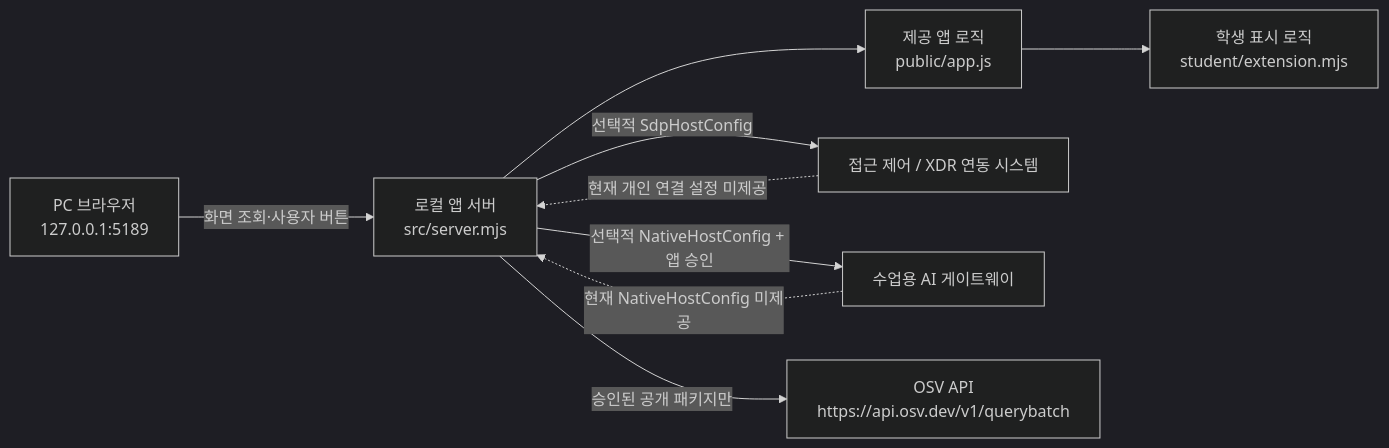
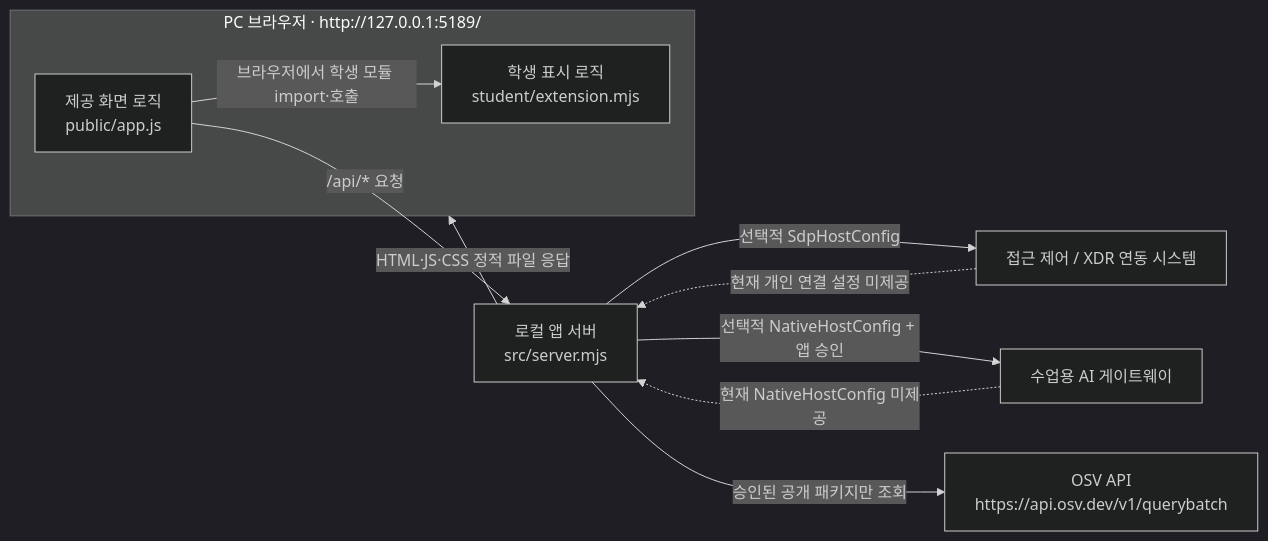
Before and after one commit to ecde4499/choi-bujang-secret-vault: the diagram in on-client/docs/STUDENT_RUNBOOK.md, drawn with Mermaid (dark theme). The commit also changed other lines of this file, not shown here.

Commit message:
21단계 브라우저와 서버 구성도 흐름 수정

````diff
--- a/on-client/docs/STUDENT_RUNBOOK.md
+++ b/on-client/docs/STUDENT_RUNBOOK.md
@@ -162,14 +162,20 @@
 ```mermaid
 flowchart LR
-    B[PC 브라우저\n127.0.0.1:5189] -->|화면 조회·사용자 버튼| S[로컬 앱 서버\nsrc/server.mjs]
+    subgraph B["PC 브라우저 · http://127.0.0.1:5189/"]
+        P["제공 화면 로직\npublic/app.js"]
+        U["학생 표시 로직\nstudent/extension.mjs"]
+        P -->|"브라우저에서 학생 모듈 import·호출"| U
+    end
 
-    S --> P[제공 앱 로직\npublic/app.js]
-    P --> U[학생 표시 로직\nstudent/extension.mjs]
+    S["로컬 앱 서버\nsrc/server.mjs"]
 
-    S -->|선택적 SdpHostConfig| X[접근 제어 / XDR 연동 시스템]
-    S -->|선택적 NativeHostConfig + 앱 승인| A[수업용 AI 게이트웨이]
-    S -->|승인된 공개 패키지만| O[OSV API\nhttps://api.osv.dev/v1/querybatch]
+    S -->|"HTML·JS·CSS 정적 파일 응답"| B
+    P -->|"/api/* 요청"| S
 
-    X -. 현재 개인 연결 설정 미제공 .-> S
-    A -. 현재 NativeHostConfig 미제공 .-> S
+    S -->|"선택적 SdpHostConfig"| X["접근 제어 / XDR 연동 시스템"]
+    S -->|"선택적 NativeHostConfig + 앱 승인"| A["수업용 AI 게이트웨이"]
+    S -->|"승인된 공개 패키지만 조회"| O["OSV API\nhttps://api.osv.dev/v1/querybatch"]
+
+    X -. "현재 개인 연결 설정 미제공" .-> S
+    A -. "현재 NativeHostConfig 미제공" .-> S
 ```
````
